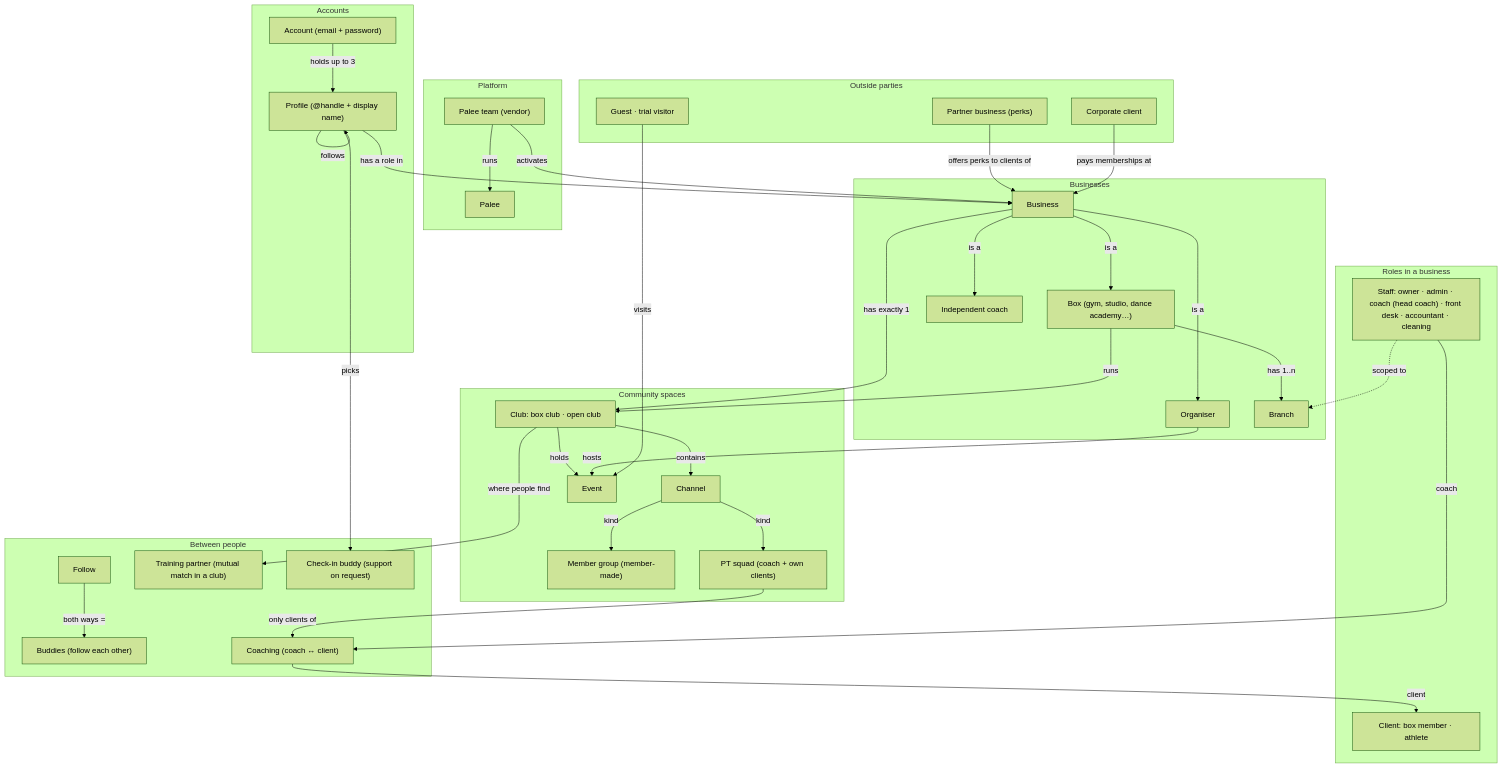
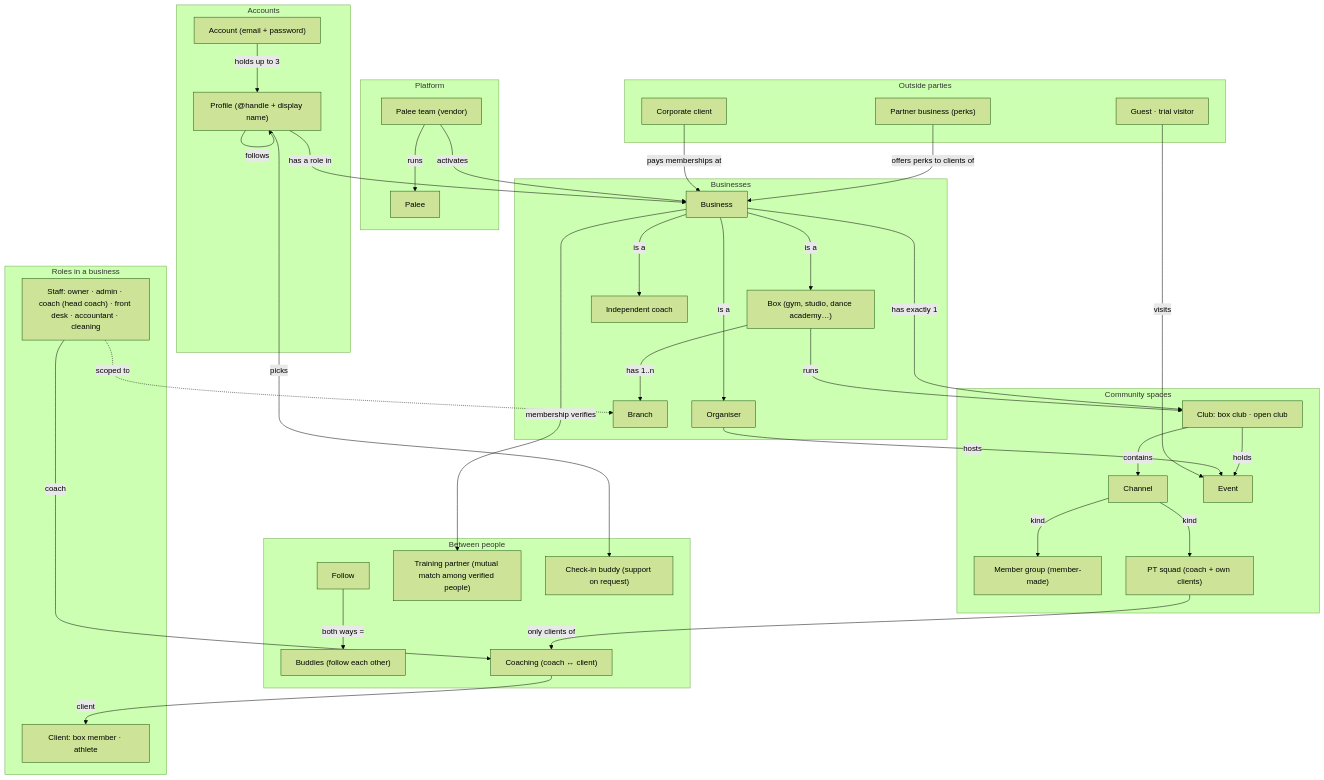
The first of 2 diagrams in docs/product/ontology.md (AnrPg/milos), drawn with Mermaid (forest theme) before and after one commit. The commit also changed other lines of this file and 22 other files, not shown here.

````diff
--- a/docs/product/ontology.md
+++ b/docs/product/ontology.md
@@ -29,74 +29,74 @@
 ```mermaid
 flowchart TB
   subgraph PLATFORM["Platform"]
     PALEE["Palee"]
     TEAM["Palee team (vendor)"]
   end
 
   subgraph ACCOUNTS["Accounts"]
     LOGIN["Account (email + password)"]
     PROFILE["Profile (@handle + display name)"]
   end
 
   subgraph BUSINESSES["Businesses"]
     BIZ["Business"]
     BOX["Box (gym, studio, dance academy…)"]
     INDIE["Independent coach"]
     ORG["Organiser"]
     BRANCH["Branch"]
   end
 
   subgraph ROLES["Roles in a business"]
     STAFF["Staff: owner · admin · coach (head coach) · front desk · accountant · cleaning"]
     CLIENT["Client: box member · athlete"]
   end
 
   subgraph SPACES["Community spaces"]
     CLUB["Club: box club · open club"]
     CHANNEL["Channel"]
     GROUP["Member group (member-made)"]
     SQUAD["PT squad (coach + own clients)"]
     EVENT["Event"]
   end
 
   subgraph RELATIONS["Between people"]
     FOLLOW["Follow"]
     BUDDIES["Buddies (follow each other)"]
-    TPARTNER["Training partner (mutual match in a club)"]
+    TPARTNER["Training partner (mutual match among verified people)"]
     CHECKIN["Check-in buddy (support on request)"]
     COACHING["Coaching (coach ↔ client)"]
   end
 
   subgraph OUTSIDE["Outside parties"]
     PERKP["Partner business (perks)"]
     CORP["Corporate client"]
     GUEST["Guest · trial visitor"]
   end
 
   TEAM -- runs --> PALEE
   TEAM -- activates --> BIZ
   LOGIN -- holds up to 3 --> PROFILE
   BIZ -- is a --> BOX
   BIZ -- is a --> INDIE
   BIZ -- is a --> ORG
   BOX -- has 1..n --> BRANCH
   PROFILE -- has a role in --> BIZ
   STAFF -. scoped to .-> BRANCH
   BIZ -- has exactly 1 --> CLUB
   BOX -- runs --> CLUB
   CLUB -- contains --> CHANNEL
   CHANNEL -- kind --> GROUP
   CHANNEL -- kind --> SQUAD
   CLUB -- holds --> EVENT
   ORG -- hosts --> EVENT
   PROFILE -- follows --> PROFILE
   FOLLOW -- both ways = --> BUDDIES
-  CLUB -- where people find --> TPARTNER
+  BIZ -- membership verifies --> TPARTNER
   PROFILE -- picks --> CHECKIN
   STAFF -- coach --> COACHING
   COACHING -- client --> CLIENT
   SQUAD -- only clients of --> COACHING
   PERKP -- offers perks to clients of --> BIZ
   CORP -- pays memberships at --> BIZ
   GUEST -- visits --> EVENT
 ```
````
